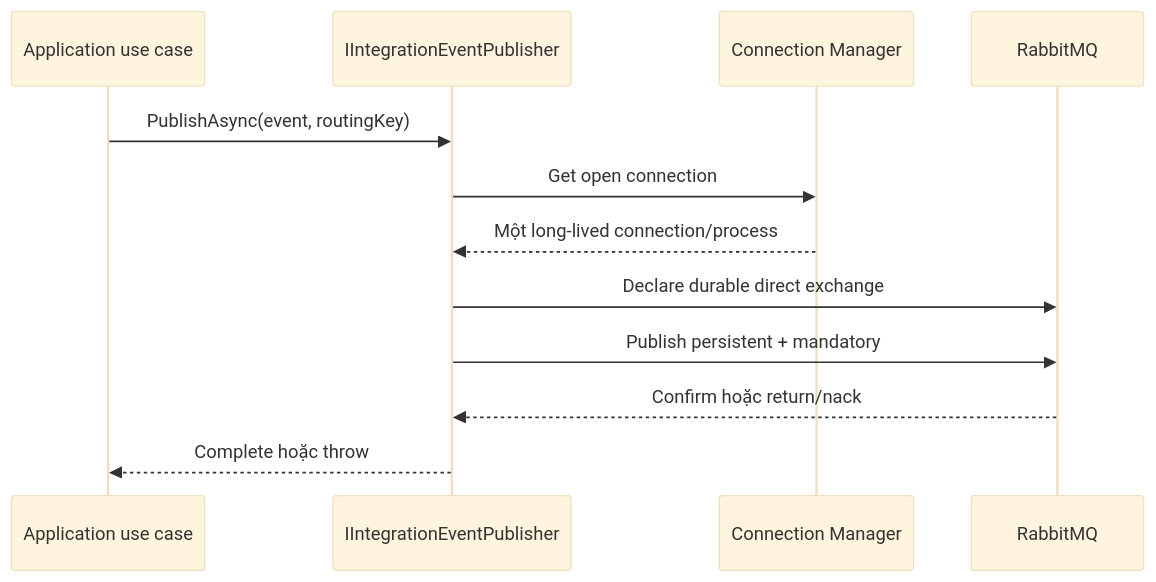
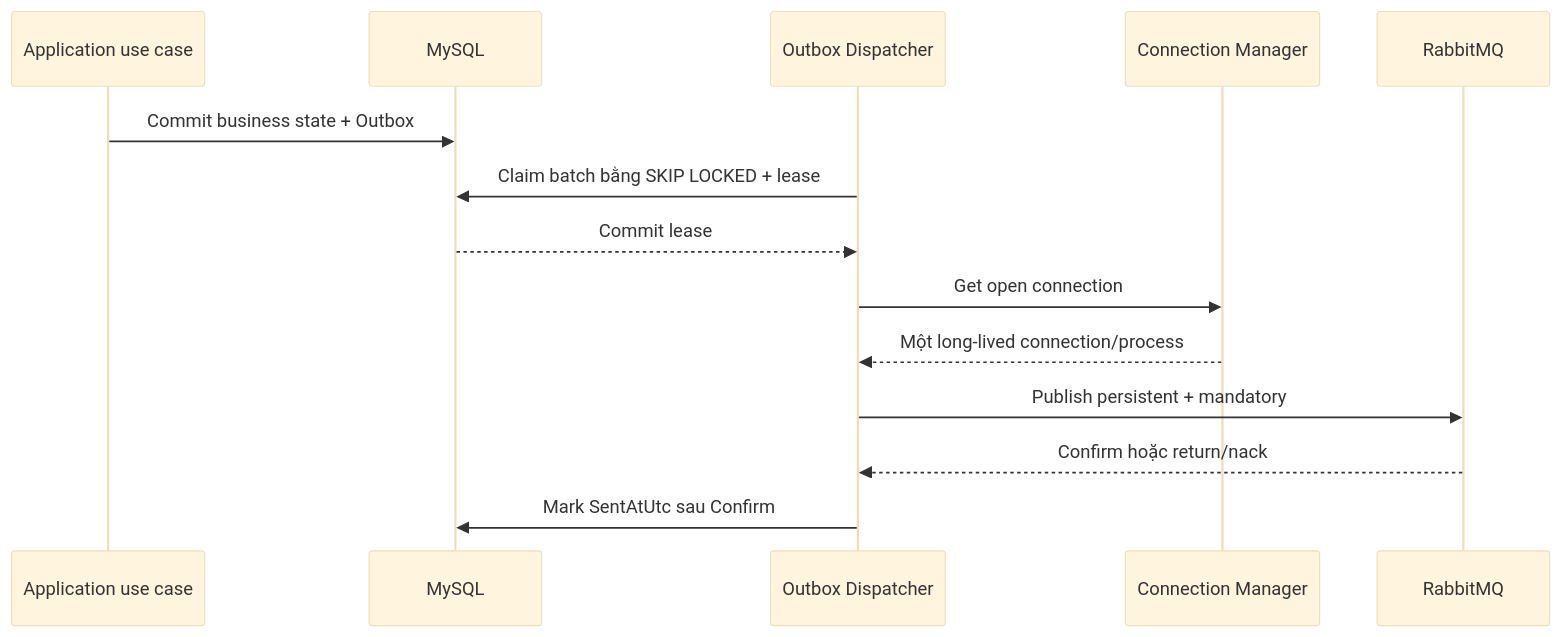
The third of 4 diagrams in backend/docs/architecture/backend-runtime-flow.md (trungdev26/food-delivery), drawn with Mermaid (base theme) before and after one commit. The commit also changed other lines of this file and 1 other file, not shown here.

Commit message:
docs: align RabbitMQ guide with production foundation

````diff
--- a/backend/docs/architecture/backend-runtime-flow.md
+++ b/backend/docs/architecture/backend-runtime-flow.md
@@ -74,14 +74,16 @@
 ```mermaid
 sequenceDiagram
     participant U as Application use case
-    participant P as IIntegrationEventPublisher
+    participant DB as MySQL
+    participant O as Outbox Dispatcher
     participant C as Connection Manager
     participant R as RabbitMQ
-    U->>P: PublishAsync(event, routingKey)
-    P->>C: Get open connection
-    C-->>P: Một long-lived connection/process
-    P->>R: Declare durable direct exchange
-    P->>R: Publish persistent + mandatory
-    R-->>P: Confirm hoặc return/nack
-    P-->>U: Complete hoặc throw
+    U->>DB: Commit business state + Outbox
+    O->>DB: Claim batch bằng SKIP LOCKED + lease
+    DB-->>O: Commit lease
+    O->>C: Get open connection
+    C-->>O: Một long-lived connection/process
+    O->>R: Publish persistent + mandatory
+    R-->>O: Confirm hoặc return/nack
+    O->>DB: Mark SentAtUtc sau Confirm
 ```
````
